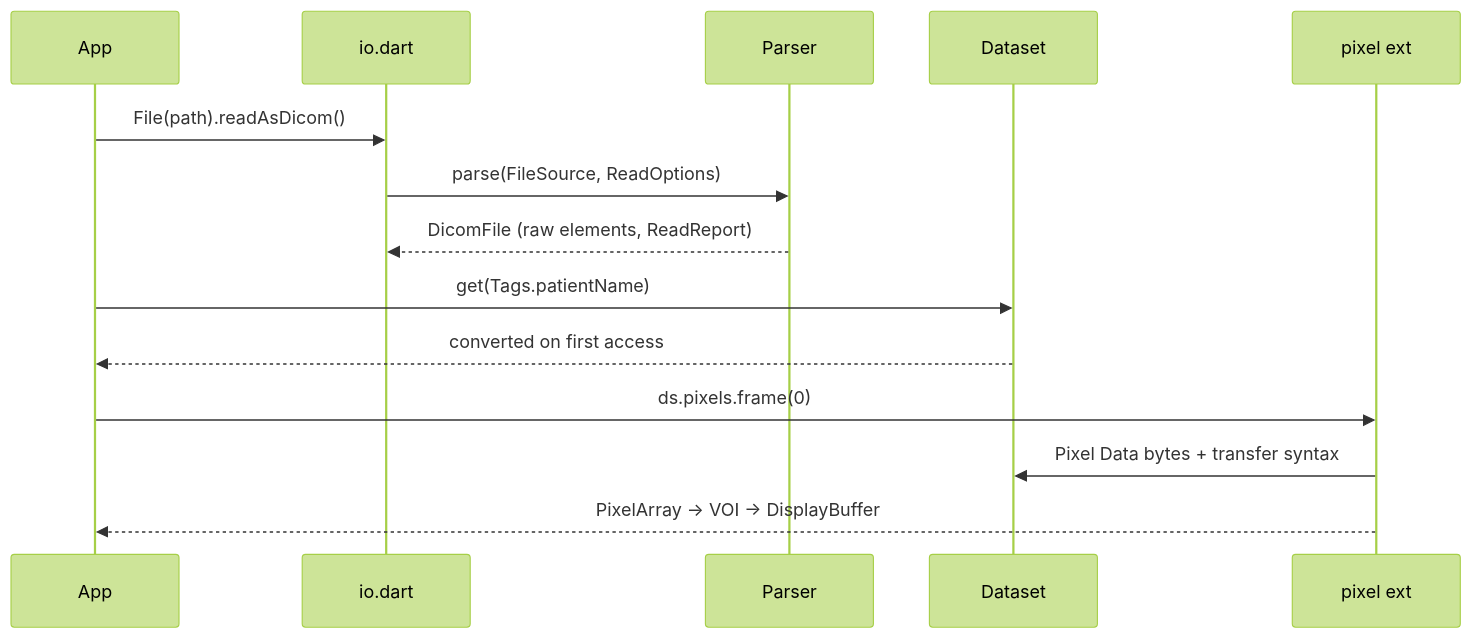
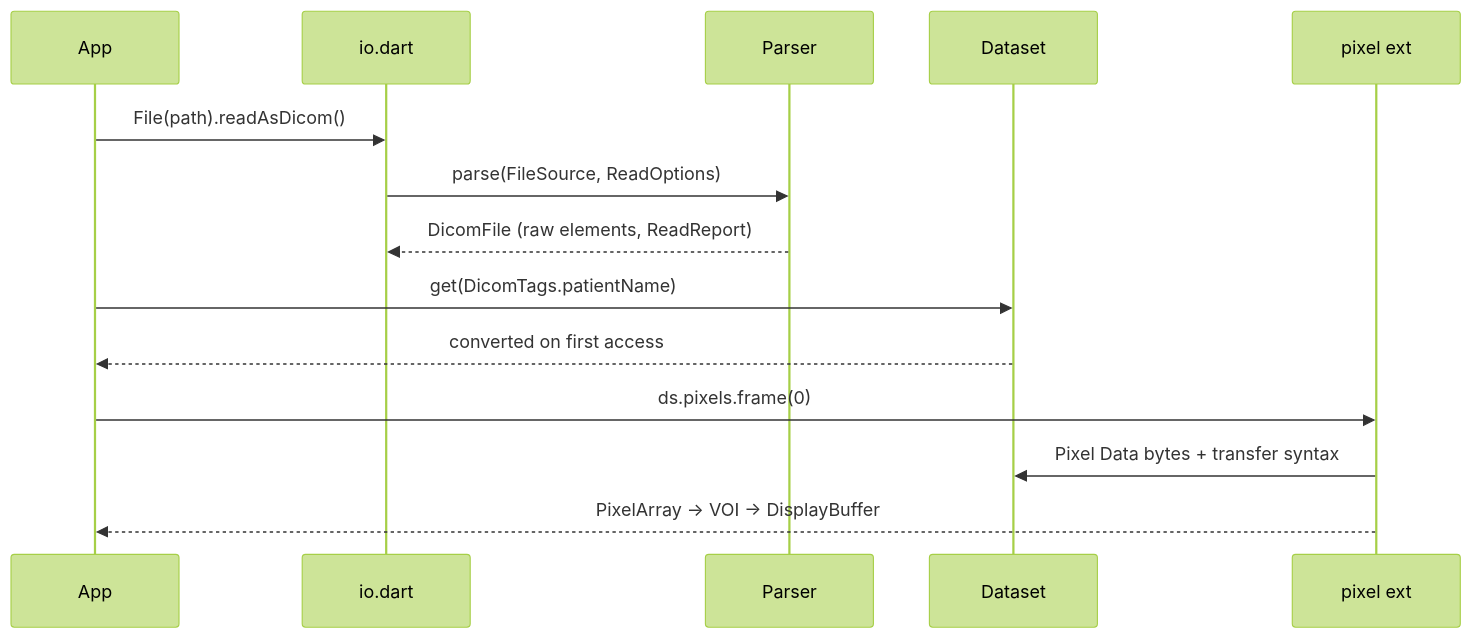
One commit to Lightbridge-KS/dartdicom changed the eighth of 10 diagrams in docs/design/01-system-architecture.md. Above: the diagram before and after it, drawn with Mermaid (forest theme). The commit also changed other lines of this file and 108 other files, not shown here.

````diff
--- a/docs/design/01-system-architecture.md
+++ b/docs/design/01-system-architecture.md
@@ -405,16 +405,16 @@
 ```mermaid
 sequenceDiagram
     participant App
     participant IO as io.dart
     participant P as Parser
     participant DS as Dataset
     participant PX as pixel ext
     App->>IO: File(path).readAsDicom()
     IO->>P: parse(FileSource, ReadOptions)
     P-->>IO: DicomFile (raw elements, ReadReport)
-    App->>DS: get(Tags.patientName)
+    App->>DS: get(DicomTags.patientName)
     DS-->>App: converted on first access
     App->>PX: ds.pixels.frame(0)
     PX->>DS: Pixel Data bytes + transfer syntax
     PX-->>App: PixelArray → VOI → DisplayBuffer
 ```
````
